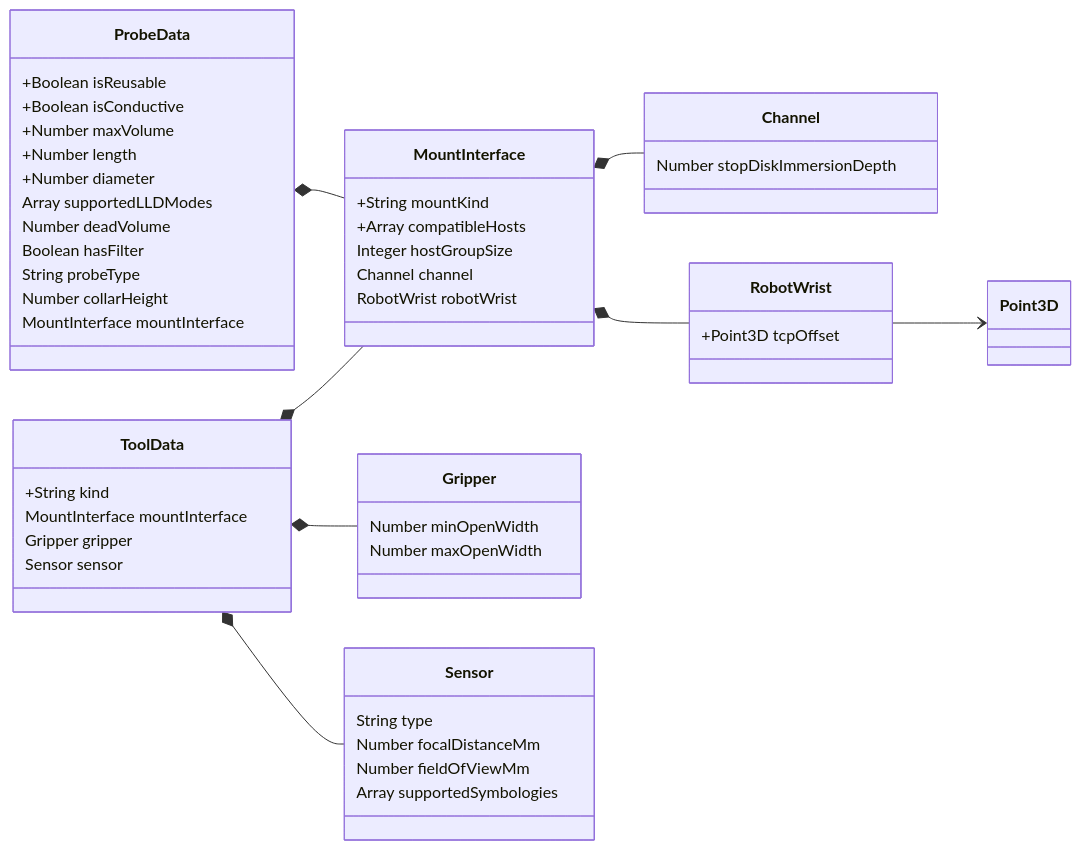
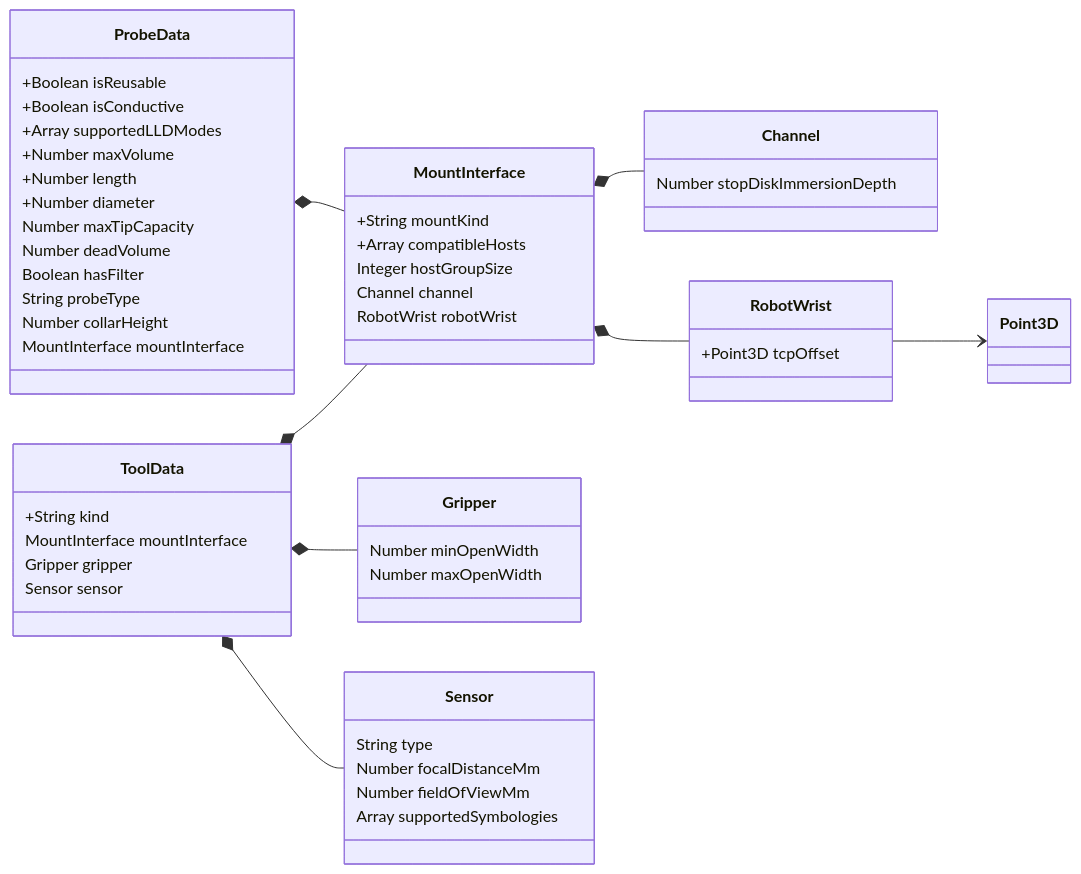
Before and after one commit to hamilton-software/venus-python-sdk: the third of 10 diagrams in docs/labware_schema/schema_diagram.md, drawn with Mermaid. The commit also changed other lines of this file and 218 other files, not shown here.

````diff
--- a/docs/labware_schema/schema_diagram.md
+++ b/docs/labware_schema/schema_diagram.md
@@ -226,61 +226,62 @@
 ```mermaid
 classDiagram
     direction LR
 
     class ProbeData {
         +Boolean isReusable
         +Boolean isConductive
+        +Array supportedLLDModes
         +Number maxVolume
         +Number length
         +Number diameter
-        Array supportedLLDModes
+        Number maxTipCapacity
         Number deadVolume
         Boolean hasFilter
         String probeType
         Number collarHeight
         MountInterface mountInterface
     }
 
     class ToolData {
         +String kind
         MountInterface mountInterface
         Gripper gripper
         Sensor sensor
     }
 
     class MountInterface {
         +String mountKind
         +Array compatibleHosts
         Integer hostGroupSize
         Channel channel
         RobotWrist robotWrist
     }
 
     class Channel {
         Number stopDiskImmersionDepth
     }
 
     class RobotWrist {
         +Point3D tcpOffset
     }
 
     class Gripper {
         Number minOpenWidth
         Number maxOpenWidth
     }
 
     class Sensor {
         String type
         Number focalDistanceMm
         Number fieldOfViewMm
         Array supportedSymbologies
     }
 
     ProbeData *-- MountInterface
     ToolData *-- MountInterface
     ToolData *-- Gripper
     ToolData *-- Sensor
     MountInterface *-- Channel
     MountInterface *-- RobotWrist
     RobotWrist --> Point3D
 ```
````
